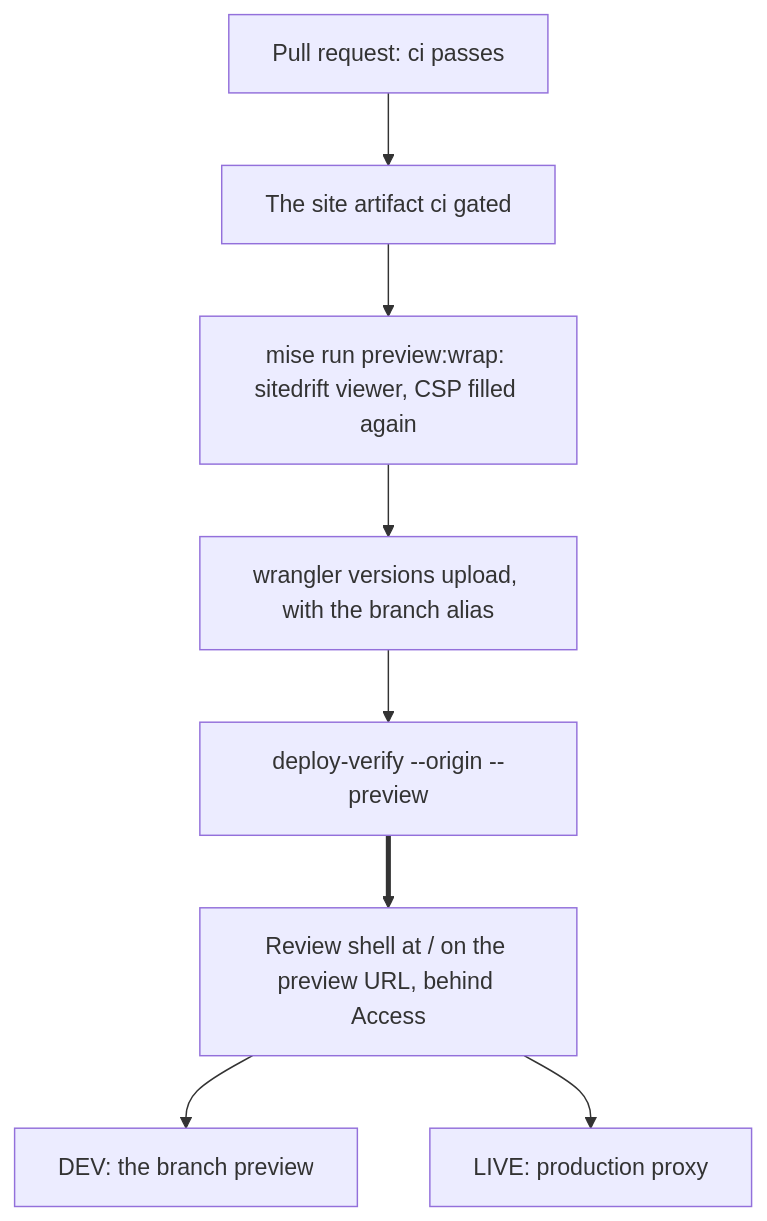
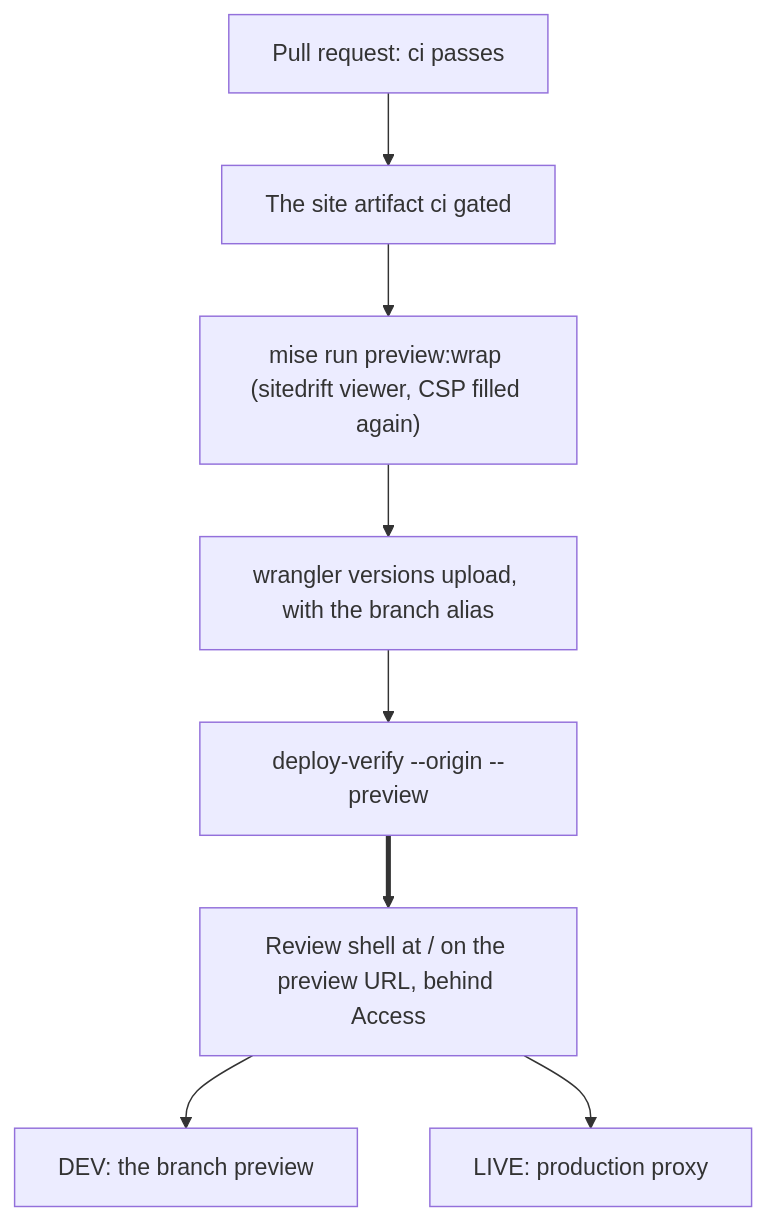
One commit to joeseverino/jseverino.com changed the diagram in docs/Deployment-Preview-Review.md. Above: the diagram before and after it, drawn with Mermaid. The commit also changed 12 other files, not shown here.

````diff
--- a/docs/Deployment-Preview-Review.md
+++ b/docs/Deployment-Preview-Review.md
@@ -129,10 +129,10 @@
 ```mermaid
 flowchart TB
     PR["Pull request: ci passes"] --> Art["The site artifact ci gated"]
-    Art --> Wrap["mise run preview:wrap: sitedrift viewer, CSP filled again"]
+    Art --> Wrap["mise run preview:wrap (sitedrift viewer, CSP filled again)"]
     Wrap --> Up["wrangler versions upload, with the branch alias"]
     Up --> Verify["deploy-verify --origin --preview"]
     Verify ==> Shell["Review shell at / on the preview URL, behind Access"]
     Shell --> Dev["DEV: the branch preview"]
     Shell --> Live["LIVE: production proxy"]
 ```
````
